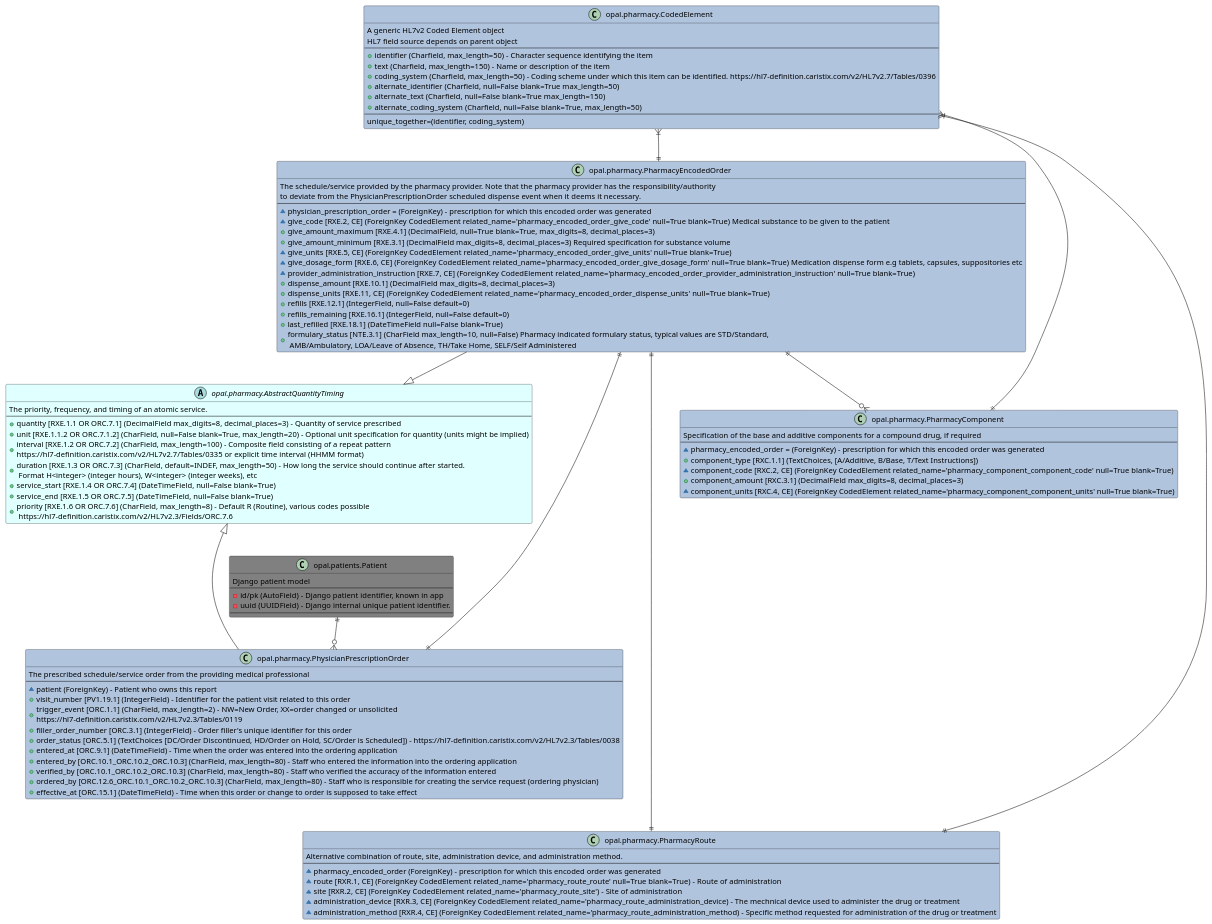
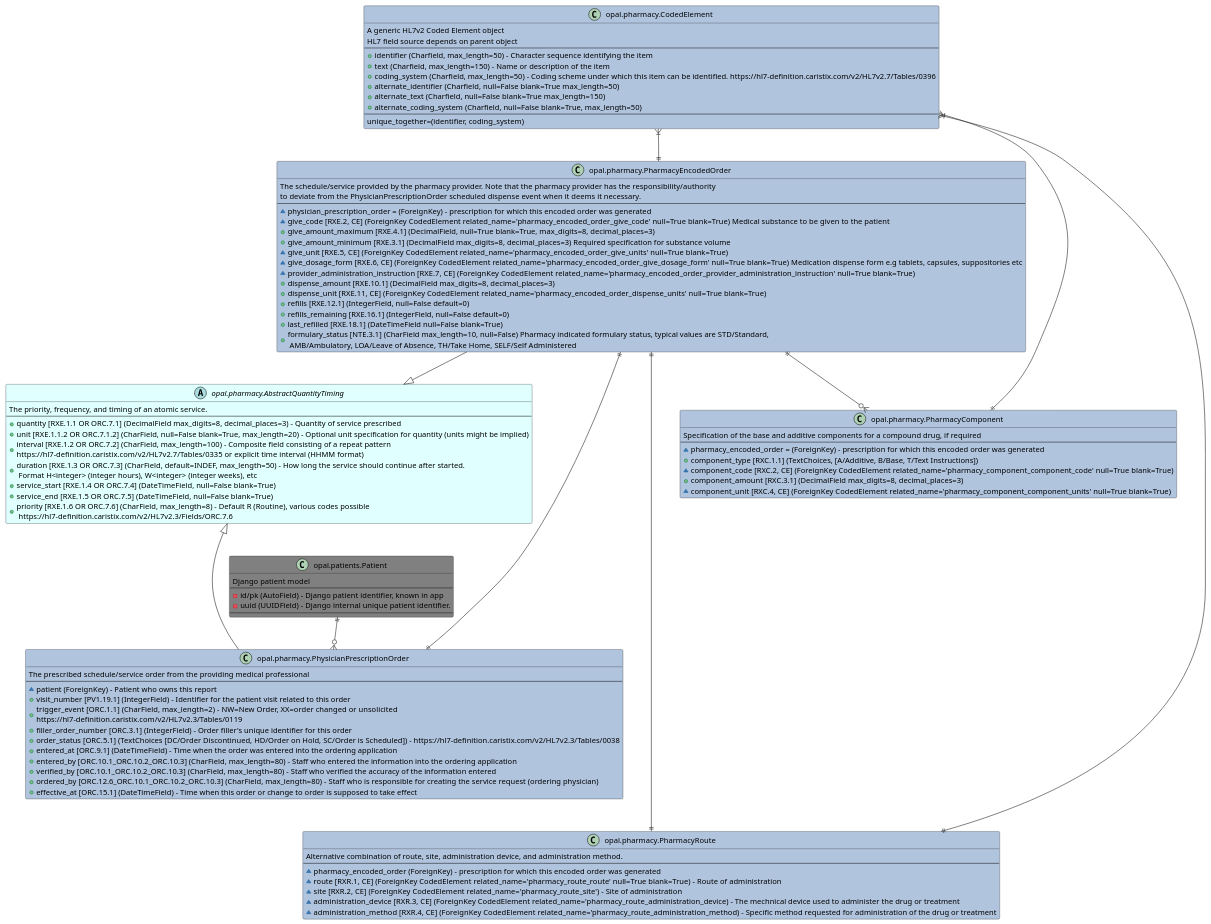
One commit to opalmedapps/docs changed the diagram in docs/architecture/diagrams/pharmacy/pharmacy_data_models.puml. Above: the diagram before and after it, drawn with PlantUML. The commit also changed 1 other file, not shown here.

Commit message:
make seq diagram clearer

```diff
--- a/docs/architecture/diagrams/pharmacy/pharmacy_data_models.puml
+++ b/docs/architecture/diagrams/pharmacy/pharmacy_data_models.puml
@@ -1,110 +1,110 @@
 @startuml Pharmacy data hl7 field sources
 
 class "opal.pharmacy.CodedElement " as codedelement #LightSteelBlue {
     A generic HL7v2 Coded Element object
     HL7 field source depends on parent object
     --
     + identifier (Charfield, max_length=50) - Character sequence identifying the item
     + text (Charfield, max_length=150) - Name or description of the item
     + coding_system (Charfield, max_length=50) - Coding scheme under which this item can be identified. https://hl7-definition.caristix.com/v2/HL7v2.7/Tables/0396
     + alternate_identifier (Charfield, null=False blank=True max_length=50)
     + alternate_text (Charfield, null=False blank=True max_length=150)
     + alternate_coding_system (Charfield, null=False blank=True, max_length=50)
     --
     unique_together=(identifier, coding_system)
 }
 
 class "opal.pharmacy.PhysicianPrescriptionOrder" as prescription #LightSteelBlue {
     The prescribed schedule/service order from the providing medical professional
     --
     ~ patient (ForeignKey) - Patient who owns this report
     + visit_number [PV1.19.1] (IntegerField) - Identifier for the patient visit related to this order
     + trigger_event [ORC.1.1]  (CharField, max_length=2) - NW=New Order, XX=order changed or unsolicited \nhttps://hl7-definition.caristix.com/v2/HL7v2.3/Tables/0119
     + filler_order_number [ORC.3.1] (IntegerField) - Order filler's unique identifier for this order
     + order_status [ORC.5.1] (TextChoices [DC/Order Discontinued, HD/Order on Hold, SC/Order is Scheduled]) - https://hl7-definition.caristix.com/v2/HL7v2.3/Tables/0038
     + entered_at [ORC.9.1] (DateTimeField) - Time when the order was entered into the ordering application
     + entered_by [ORC.10.1_ORC.10.2_ORC.10.3] (CharField, max_length=80) - Staff who entered the information into the ordering application
     + verified_by [ORC.10.1_ORC.10.2_ORC.10.3] (CharField, max_length=80) - Staff who verified the accuracy of the information entered
     + ordered_by [ORC.12.6_ORC.10.1_ORC.10.2_ORC.10.3] (CharField, max_length=80) - Staff who is responsible for creating the service request (ordering physician)
     + effective_at [ORC.15.1] (DateTimeField) - Time when this order or change to order is supposed to take effect
 }
 
 class  "opal.pharmacy.PharmacyEncodedOrder" as encodedorder #LightSteelBlue {
     The schedule/service provided by the pharmacy provider. Note that the pharmacy provider has the responsibility/authority
     to deviate from the PhysicianPrescriptionOrder scheduled dispense event when it deems it necessary.
     --
     ~ physician_prescription_order = (ForeignKey) - prescription for which this encoded order was generated
     ~ give_code [RXE.2, CE] (ForeignKey CodedElement related_name='pharmacy_encoded_order_give_code' null=True blank=True) Medical substance to be given to the patient
     + give_amount_maximum [RXE.4.1] (DecimalField, null=True blank=True, max_digits=8, decimal_places=3)
     + give_amount_minimum [RXE.3.1] (DecimalField max_digits=8, decimal_places=3) Required specification for substance volume
-    ~ give_units [RXE.5, CE] (ForeignKey CodedElement related_name='pharmacy_encoded_order_give_units' null=True blank=True)
+    ~ give_unit [RXE.5, CE] (ForeignKey CodedElement related_name='pharmacy_encoded_order_give_units' null=True blank=True)
     ~ give_dosage_form [RXE.6, CE] (ForeignKey CodedElement related_name='pharmacy_encoded_order_give_dosage_form' null=True blank=True) Medication dispense form e.g tablets, capsules, suppositories etc
     ~ provider_administration_instruction [RXE.7, CE] (ForeignKey CodedElement related_name='pharmacy_encoded_order_provider_administration_instruction' null=True blank=True)
     + dispense_amount [RXE.10.1] (DecimalField max_digits=8, decimal_places=3)
-    + dispense_units [RXE.11, CE] (ForeignKey CodedElement related_name='pharmacy_encoded_order_dispense_units' null=True blank=True)
+    + dispense_unit [RXE.11, CE] (ForeignKey CodedElement related_name='pharmacy_encoded_order_dispense_units' null=True blank=True)
     + refills [RXE.12.1] (IntegerField, null=False default=0)
     + refills_remaining [RXE.16.1] (IntegerField, null=False default=0)
     + last_refilled [RXE.18.1] (DateTimeField null=False blank=True)
     + formulary_status [NTE.3.1] (CharField max_length=10, null=False) Pharmacy indicated formulary status, typical values are STD/Standard,\n AMB/Ambulatory, LOA/Leave of Absence, TH/Take Home, SELF/Self Administered
 }
 
 abstract class "opal.pharmacy.AbstractQuantityTiming" as quantitytiming #LightCyan {
     The priority, frequency, and timing of an atomic service.
     --
     + quantity [RXE.1.1 OR ORC.7.1] (DecimalField max_digits=8, decimal_places=3) - Quantity of service prescribed
     + unit [RXE.1.1.2 OR ORC.7.1.2] (CharField, null=False blank=True, max_length=20) - Optional unit specification for quantity (units might be implied)
     + interval [RXE.1.2 OR ORC.7.2] (CharField, max_length=100) - Composite field consisting of a repeat pattern \nhttps://hl7-definition.caristix.com/v2/HL7v2.7/Tables/0335 or explicit time interval (HHMM format)
     + duration [RXE.1.3 OR ORC.7.3] (CharField, default=INDEF, max_length=50) - How long the service should continue after started. \n Format H<integer> (integer hours), W<integer> (integer weeks), etc
     + service_start [RXE.1.4 OR ORC.7.4] (DateTimeField, null=False blank=True)
     + service_end [RXE.1.5 OR ORC.7.5] (DateTimeField, null=False blank=True)
     + priority [RXE.1.6 OR ORC.7.6] (CharField, max_length=8) - Default R (Routine), various codes possible \n https://hl7-definition.caristix.com/v2/HL7v2.3/Fields/ORC.7.6
 }
 
 class "opal.patients.Patient" as patient #Gray {
     Django patient model
     --
     - id/pk (AutoField) - Django patient identifier, known in app
     - uuid (UUIDField) - Django internal unique patient identifier.
     --
 }
 
 class  "opal.pharmacy.PharmacyRoute" as route #LightSteelBlue {
     Alternative combination of route, site, administration device, and administration method.
     --
     ~ pharmacy_encoded_order (ForeignKey) - prescription for which this encoded order was generated
     ~ route [RXR.1, CE] (ForeignKey CodedElement related_name='pharmacy_route_route' null=True blank=True) - Route of administration
     ~ site [RXR.2, CE] (ForeignKey CodedElement related_name='pharmacy_route_site') - Site of administration
     ~ administration_device [RXR.3, CE] (ForeignKey CodedElement related_name='pharmacy_route_administration_device) - The mechnical device used to administer the drug or treatment
     ~ administration_method [RXR.4, CE] (ForeignKey CodedElement related_name='pharmacy_route_administration_method) - Specific method requested for administration of the drug or treatment
 }
 
 class  "opal.pharmacy.PharmacyComponent" as component #LightSteelBlue {
     Specification of the base and additive components for a compound drug, if required
     --
     ~ pharmacy_encoded_order = (ForeignKey) - prescription for which this encoded order was generated
     + component_type [RXC.1.1] (TextChoices, [A/Additive, B/Base, T/Text Instructions])
     ~ component_code [RXC.2, CE] (ForeignKey CodedElement related_name='pharmacy_component_component_code' null=True blank=True)
     + component_amount [RXC.3.1] (DecimalField max_digits=8, decimal_places=3)
-    ~ component_units [RXC.4, CE] (ForeignKey CodedElement related_name='pharmacy_component_component_units' null=True blank=True)
+    ~ component_unit [RXC.4, CE] (ForeignKey CodedElement related_name='pharmacy_component_component_units' null=True blank=True)
 }
 
 
 patient ||--o{ prescription
 prescription ||--|| encodedorder
 encodedorder ||--|| route
 encodedorder ||--o{ component
 prescription --|> quantitytiming
 encodedorder --|> quantitytiming
 route ||--|{ codedelement
 component ||--|{ codedelement
 encodedorder ||--|{ codedelement
 ' prescription }|--|{ staff
 
 ' component -[hidden]- prescription
 ' encodedorder -[hidden]- patient
 quantitytiming -[hidden]- patient
 codedelement -[hidden]- quantitytiming
 codedelement -[hidden]- encodedorder
 prescription -[hidden]- route
 ' patient -[hidden]- staff
 @enduml
```
